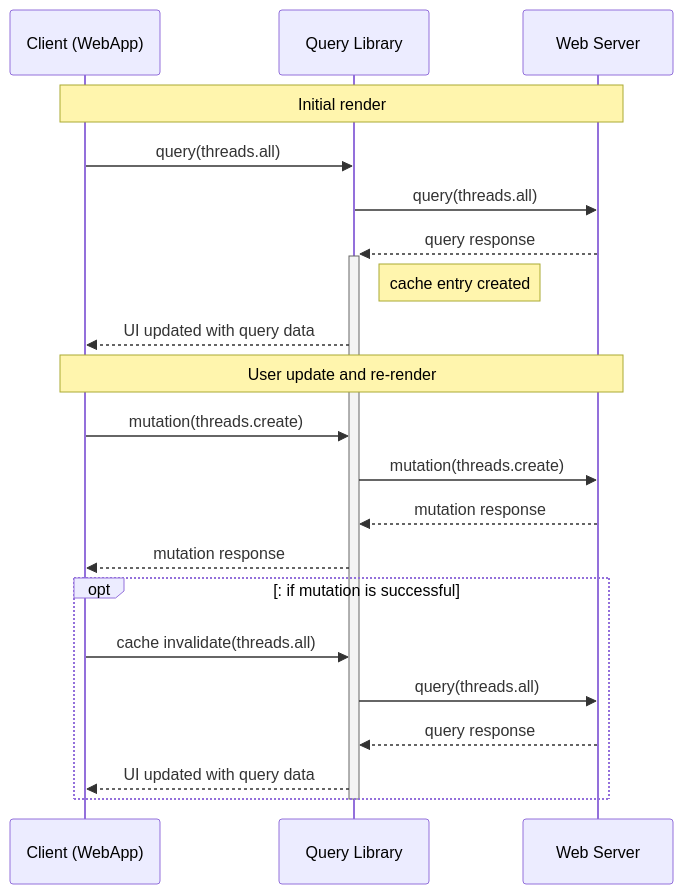
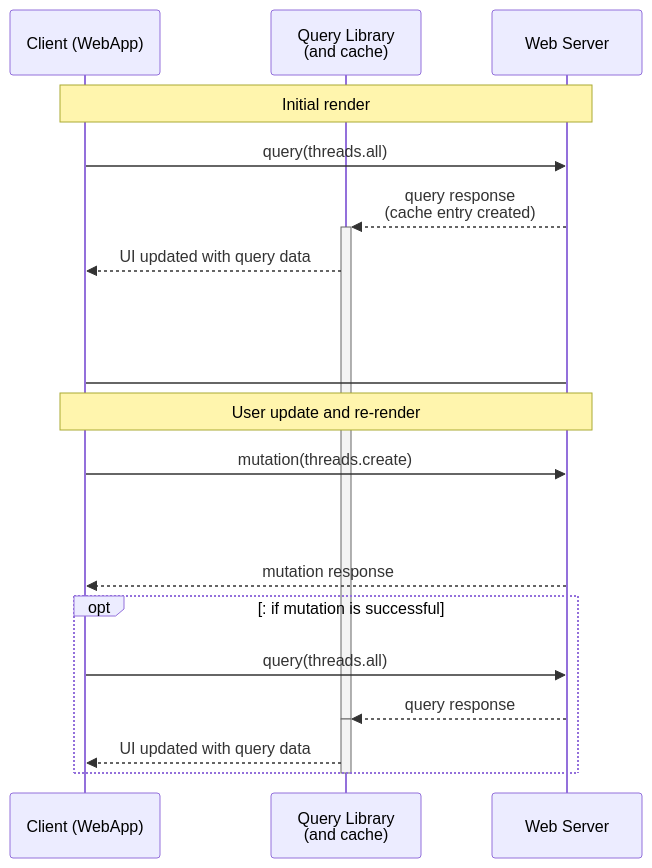
One commit to JonLoesch/optimistic-updates changed the first of 3 diagrams in README.md. Above: the diagram before and after it, drawn with Mermaid. The commit also changed other lines of this file and 1 other file, not shown here.

````diff
--- a/README.md
+++ b/README.md
@@ -15,24 +31,26 @@
 ```mermaid
 sequenceDiagram
     participant C as Client (WebApp)
-    participant Q as Query Library
+    participant Q as Query Library<br/>(and cache)
     participant S as Web Server
+
     Note over C, S: Initial render
-    C->>Q: query(threads.all)
-    Q->>S: query(threads.all)
-    S-->>+Q: query response
-    Note right of Q: cache entry created
+    C->>S: query(threads.all)
+    S-->>+Q: query response<br/>(cache entry created)
     Q-->>C: UI updated with query data
+
+    C->S: <br/><br/><br/><br/>
     Note over C,S: User update and re-render
-    C->>Q: mutation(threads.create)
-    Q->>S: mutation(threads.create)
-    S-->>Q: mutation response
-    Q-->>C: mutation response
+    C->>S: mutation(threads.create)
+
+    S-->>C: <br/><br/><br/><br/>mutation response
     opt: if mutation is successful
-        C->>Q: cache invalidate(threads.all)
-        Q->>S: query(threads.all)
+        C->>S: query(threads.all)
         S-->>Q: query response
+        deactivate Q
+        activate Q
         Q-->>C: UI updated with query data
     end
+
     deactivate Q
 ```
````
